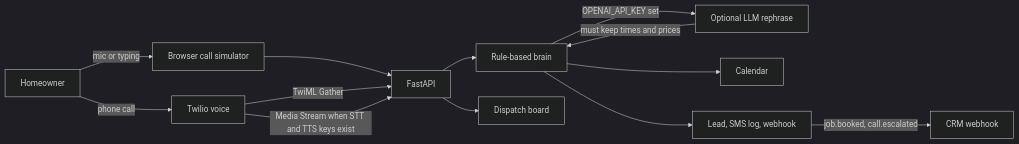
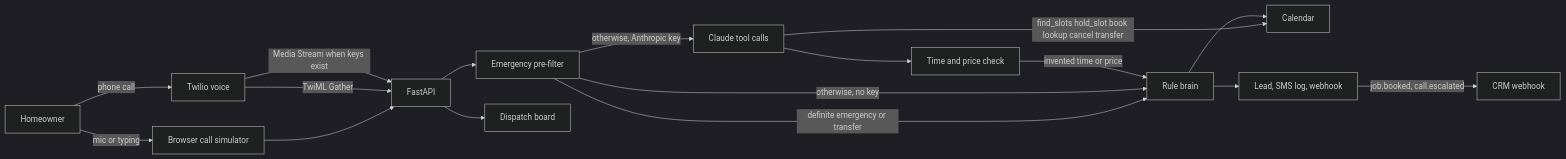
One commit to asadurrehmandev/ai-receptionist-home-services changed the diagram in README.md. Above: the diagram before and after it, drawn with Mermaid (dark theme). The commit also changed other lines of this file and 41 other files, not shown here.

First line of the commit message:
Hold one slot per window and let Claude book only through tools

````diff
--- a/README.md
+++ b/README.md
@@ -29,25 +30,31 @@
 ```mermaid
 flowchart LR
   caller[Homeowner]
   sim[Browser call simulator]
   twilio[Twilio voice]
   api[FastAPI]
-  rules[Rule-based brain]
-  llm[Optional LLM rephrase]
+  filter[Emergency pre-filter]
+  rules[Rule brain]
+  claude[Claude tool calls]
+  check[Time and price check]
   cal[Calendar]
   crm[Lead, SMS log, webhook]
   desk[Dispatch board]
 
   caller -->|mic or typing| sim
   caller -->|phone call| twilio
   sim --> api
   twilio -->|TwiML Gather| api
-  twilio -->|Media Stream when STT and TTS keys exist| api
-  api --> rules
-  rules -->|OPENAI_API_KEY set| llm
-  llm -->|must keep times and prices| rules
+  twilio -->|Media Stream when keys exist| api
+  api --> filter
+  filter -->|definite emergency or transfer| rules
+  filter -->|otherwise, no key| rules
+  filter -->|otherwise, Anthropic key| claude
+  claude -->|find_slots hold_slot book lookup cancel transfer| cal
+  claude --> check
+  check -->|invented time or price| rules
   rules --> cal
   rules --> crm
   crm -->|job.booked, call.escalated| hook[CRM webhook]
   api --> desk
 ```
````
